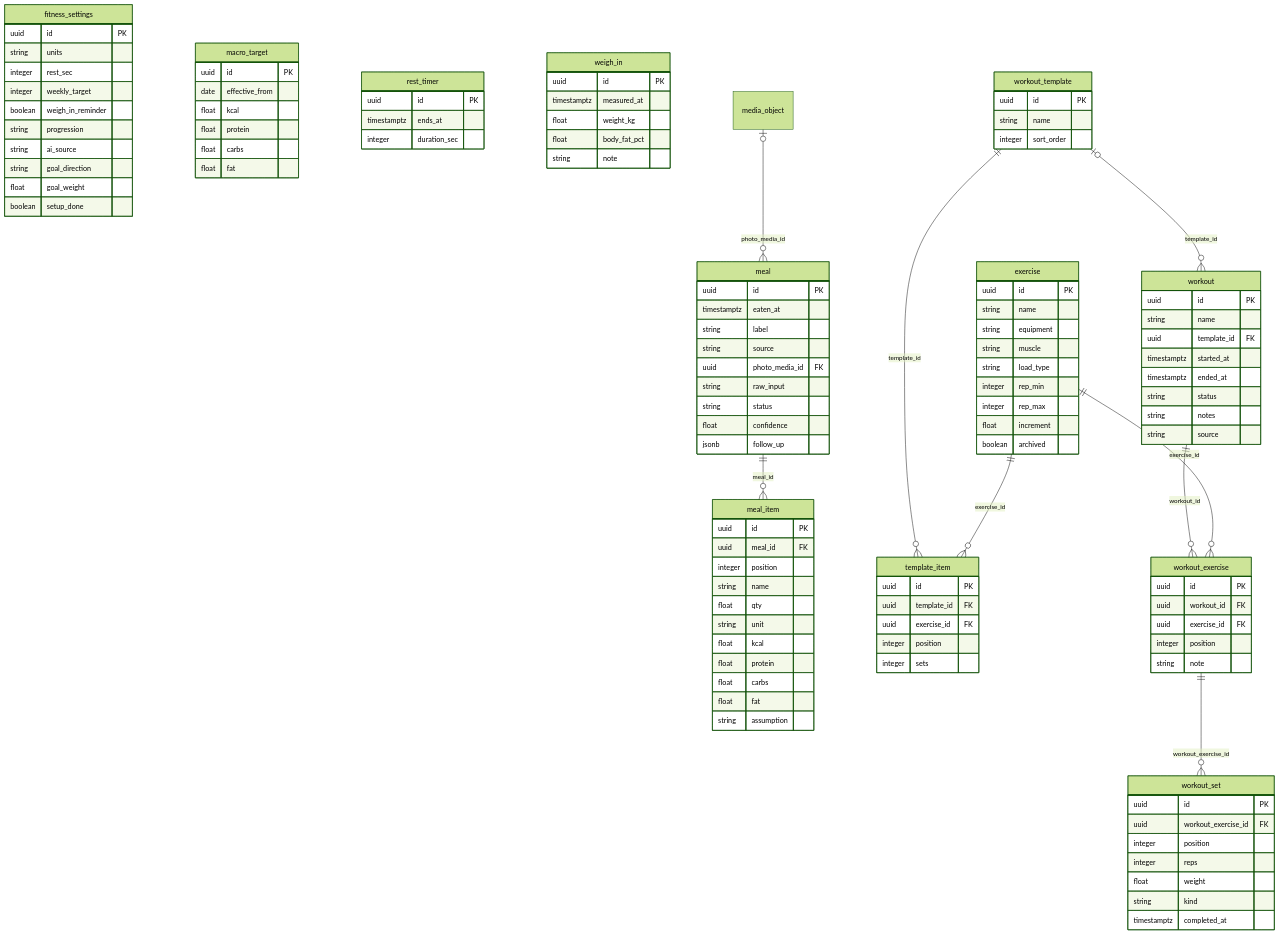
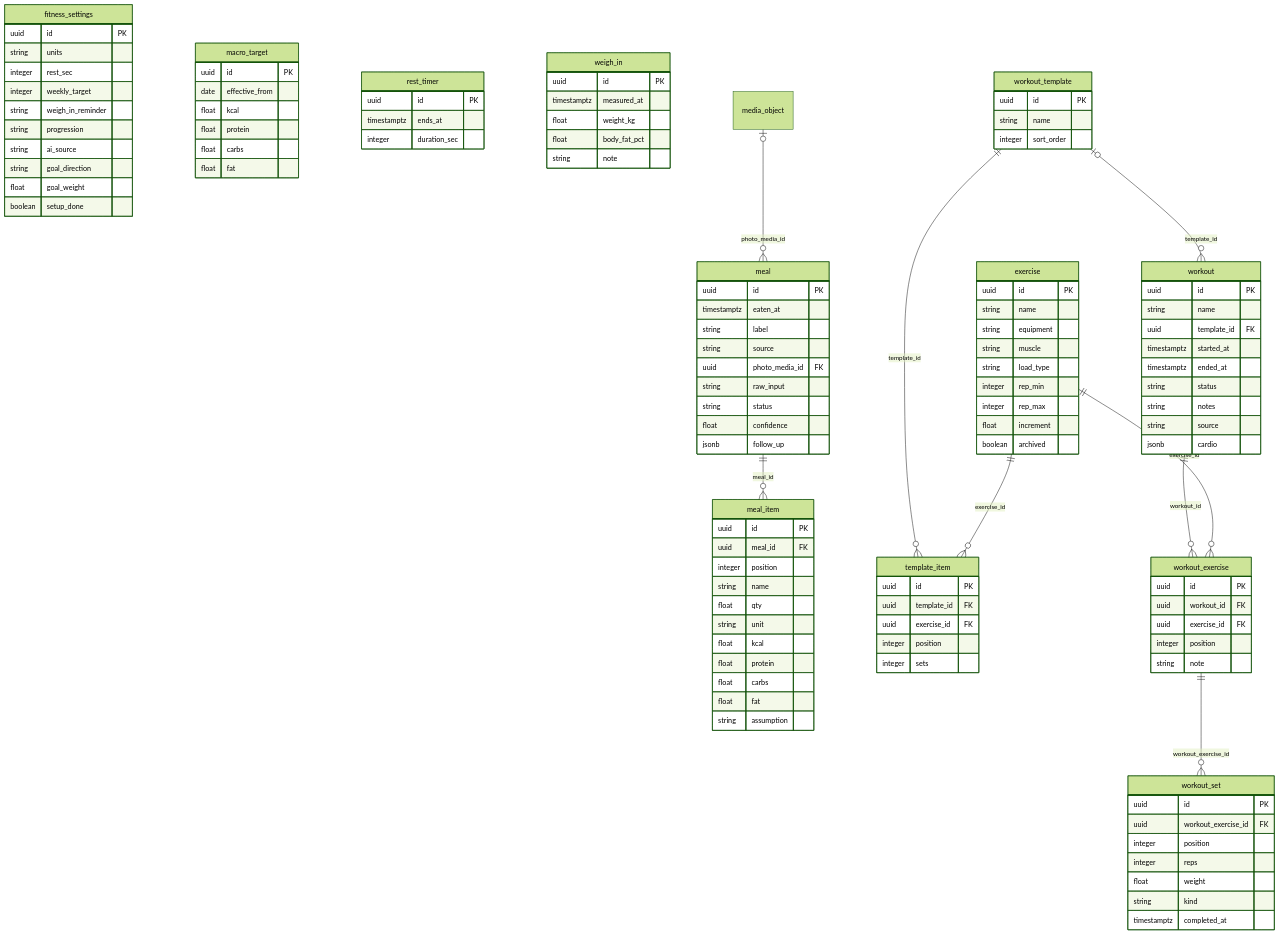
One commit to Real-Solutions-PH/personal-sop changed the seventh of 16 diagrams in docs/08-data-model.md. Above: the diagram before and after it, drawn with Mermaid (forest theme). The commit also changed other lines of this file and 33 other files, not shown here.

```diff
--- a/docs/08-data-model.md
+++ b/docs/08-data-model.md
@@ -408,7 +407,7 @@
     string units
     integer rest_sec
     integer weekly_target
-    boolean weigh_in_reminder
+    string weigh_in_reminder
     string progression
     string ai_source
     string goal_direction
@@ -475,6 +474,7 @@
     string status
     string notes
     string source
+    jsonb cardio
   }
   workout_exercise {
     uuid id PK
```
